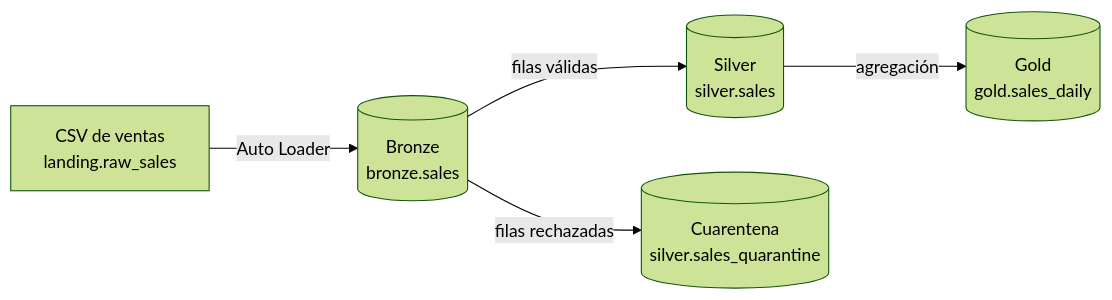
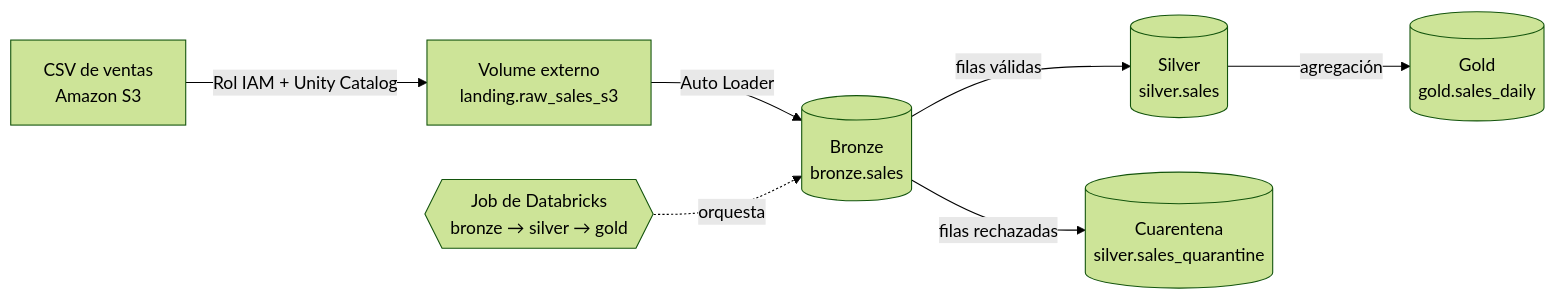
Before and after one commit to DiegoC-22/EcommerceV1: the diagram in README.md, drawn with Mermaid (forest theme). The commit also changed other lines of this file, not shown here.

````diff
--- a/README.md
+++ b/README.md
@@ -12,7 +12,9 @@
 ```mermaid
 flowchart LR
-    A[CSV de ventas<br/>landing.raw_sales] -->|Auto Loader| B[(Bronze<br/>bronze.sales)]
+    A[CSV de ventas<br/>Amazon S3] -->|Rol IAM + Unity Catalog| V[Volume externo<br/>landing.raw_sales_s3]
+    V -->|Auto Loader| B[(Bronze<br/>bronze.sales)]
     B -->|filas válidas| C[(Silver<br/>silver.sales)]
     B -->|filas rechazadas| D[(Cuarentena<br/>silver.sales_quarantine)]
     C -->|agregación| E[(Gold<br/>gold.sales_daily)]
+    J{{Job de Databricks<br/>bronze → silver → gold}} -.orquesta.-> B
 ```
````
